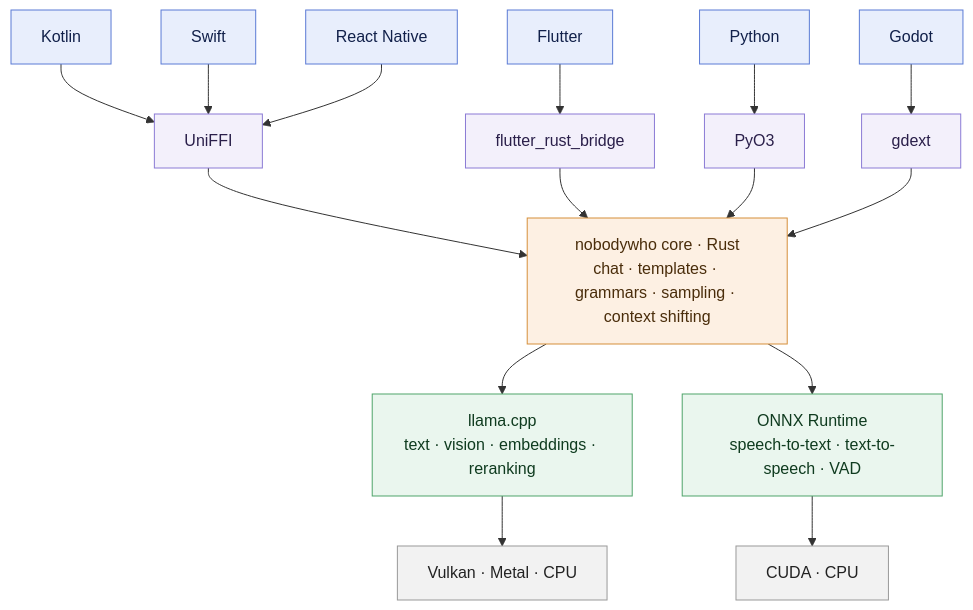
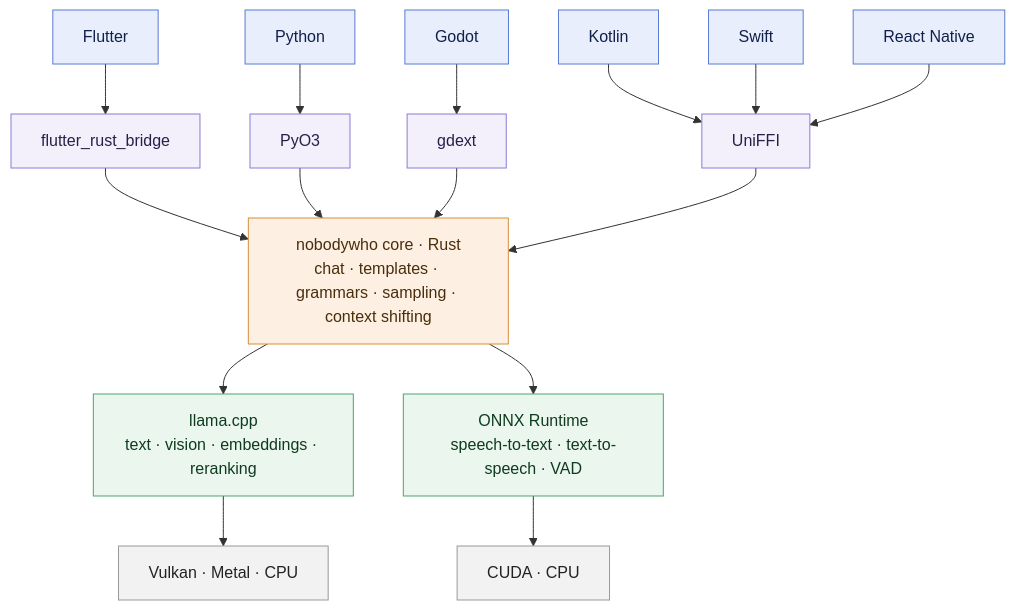
The diagram in README.md (pielouNW/test-readme), drawn with Mermaid before and after one commit.

````diff
--- a/README.md
+++ b/README.md
@@ -230,40 +230,40 @@
 ```mermaid
 flowchart TD
     FL["Flutter"]:::lang
     PY["Python"]:::lang
     GO["Godot"]:::lang
     K["Kotlin"]:::lang
     S["Swift"]:::lang
     RN["React Native"]:::lang
 
     FRB["flutter_rust_bridge"]:::glue
     P3["PyO3"]:::glue
     GX["gdext"]:::glue
     U["UniFFI"]:::glue
 
     FL --> FRB
     PY --> P3
     GO --> GX
     K --> U
     S --> U
     RN --> U
-    
+
     CORE["nobodywho core · Rust<br/>chat · templates · grammars · sampling · context shifting"]:::core
 
-    U --> CORE
     FRB --> CORE
     P3 --> CORE
     GX --> CORE
+    U --> CORE
 
     CORE --> LCPP["llama.cpp<br/>text · vision · embeddings · reranking"]:::engine
     CORE --> ORT["ONNX Runtime<br/>speech-to-text · text-to-speech · VAD"]:::engine
 
     LCPP --> HW1["Vulkan · Metal · CPU"]:::hw
     ORT --> HW2["CUDA · CPU"]:::hw
 
     classDef lang fill:#e8eefc,stroke:#5b7bd5,color:#11204a
     classDef glue fill:#f3f0fb,stroke:#8b7bd5,color:#2a1f4a
     classDef core fill:#fdf0e3,stroke:#d58f3b,color:#4a2d0b
     classDef engine fill:#eaf6ee,stroke:#4fa46a,color:#0f3b1f
     classDef hw fill:#f2f2f2,stroke:#999,color:#222
 ```
````
